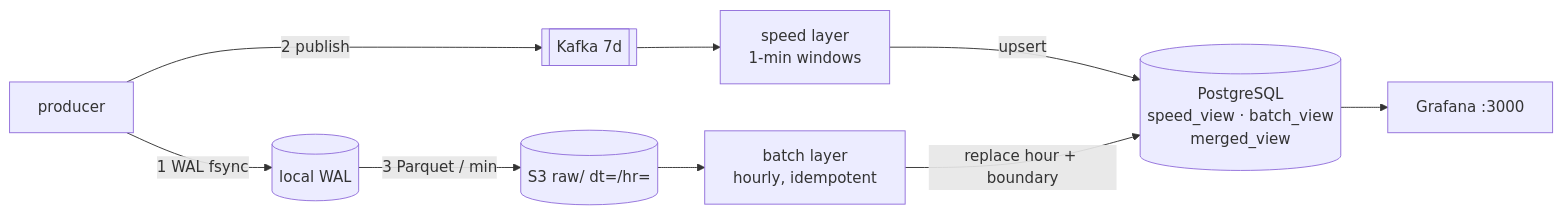
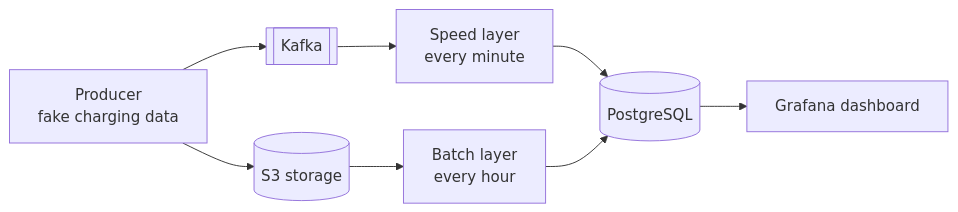
One commit to k-rtik-cmd/ChargePulse changed the diagram in README.md. Above: the diagram before and after it, drawn with Mermaid. The commit also changed other lines of this file and 1 other file, not shown here.

````diff
--- a/README.md
+++ b/README.md
@@ -18,11 +16,10 @@
 ```mermaid
 flowchart LR
-    P[producer] -->|1 WAL fsync| W[(local WAL)]
-    P -->|2 publish| K[[Kafka 7d]]
-    W -->|3 Parquet / min| S3[(S3 raw/ dt=/hr=)]
-    K --> SL[speed layer<br/>1-min windows]
-    S3 --> BL[batch layer<br/>hourly, idempotent]
-    SL -->|upsert| PG[(PostgreSQL<br/>speed_view · batch_view<br/>merged_view)]
-    BL -->|replace hour + boundary| PG
-    PG --> G[Grafana :3000]
+    P[Producer<br/>fake charging data] --> K[[Kafka]]
+    P --> S3[(S3 storage)]
+    K --> SL[Speed layer<br/>every minute]
+    S3 --> BL[Batch layer<br/>every hour]
+    SL --> PG[(PostgreSQL)]
+    BL --> PG
+    PG --> G[Grafana dashboard]
 ```
````
